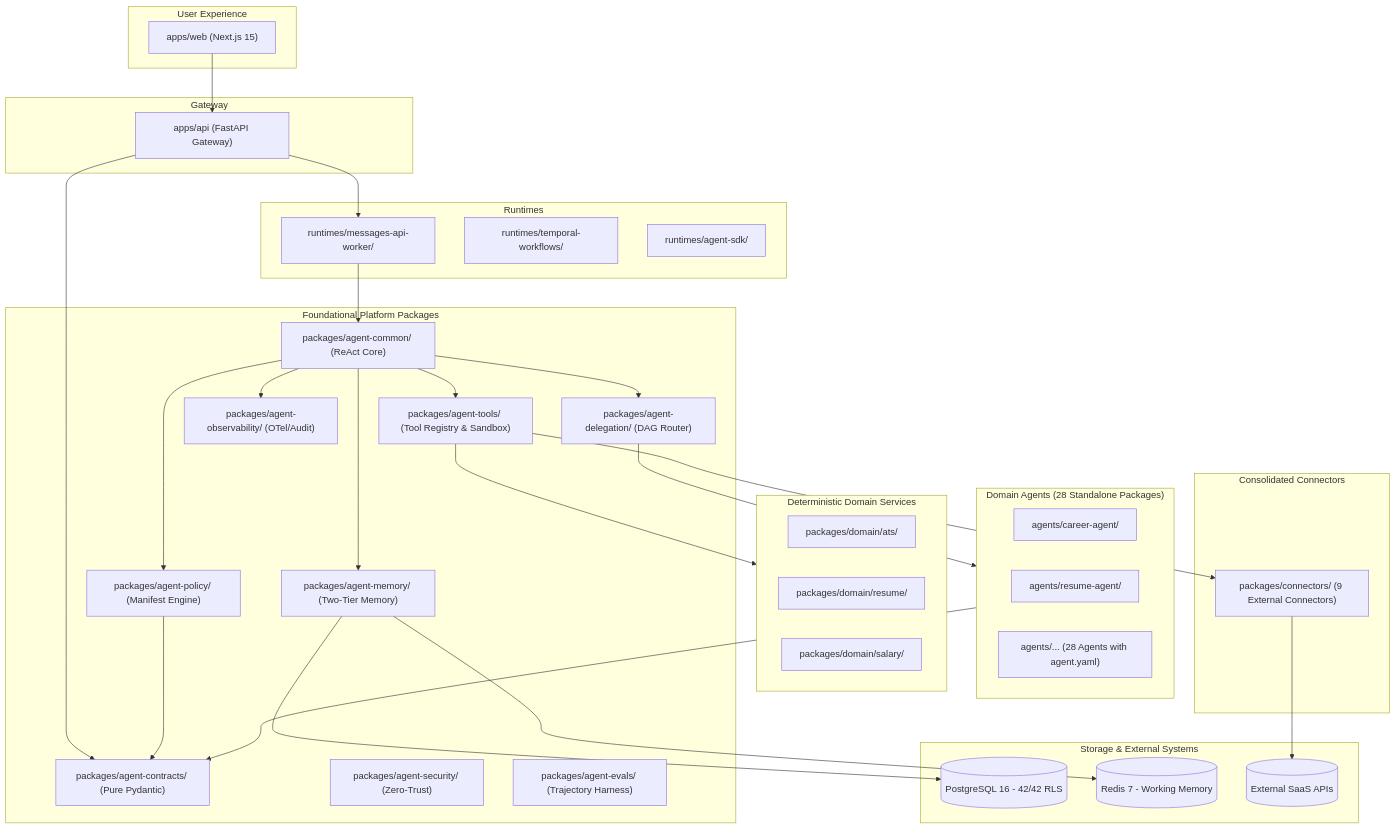
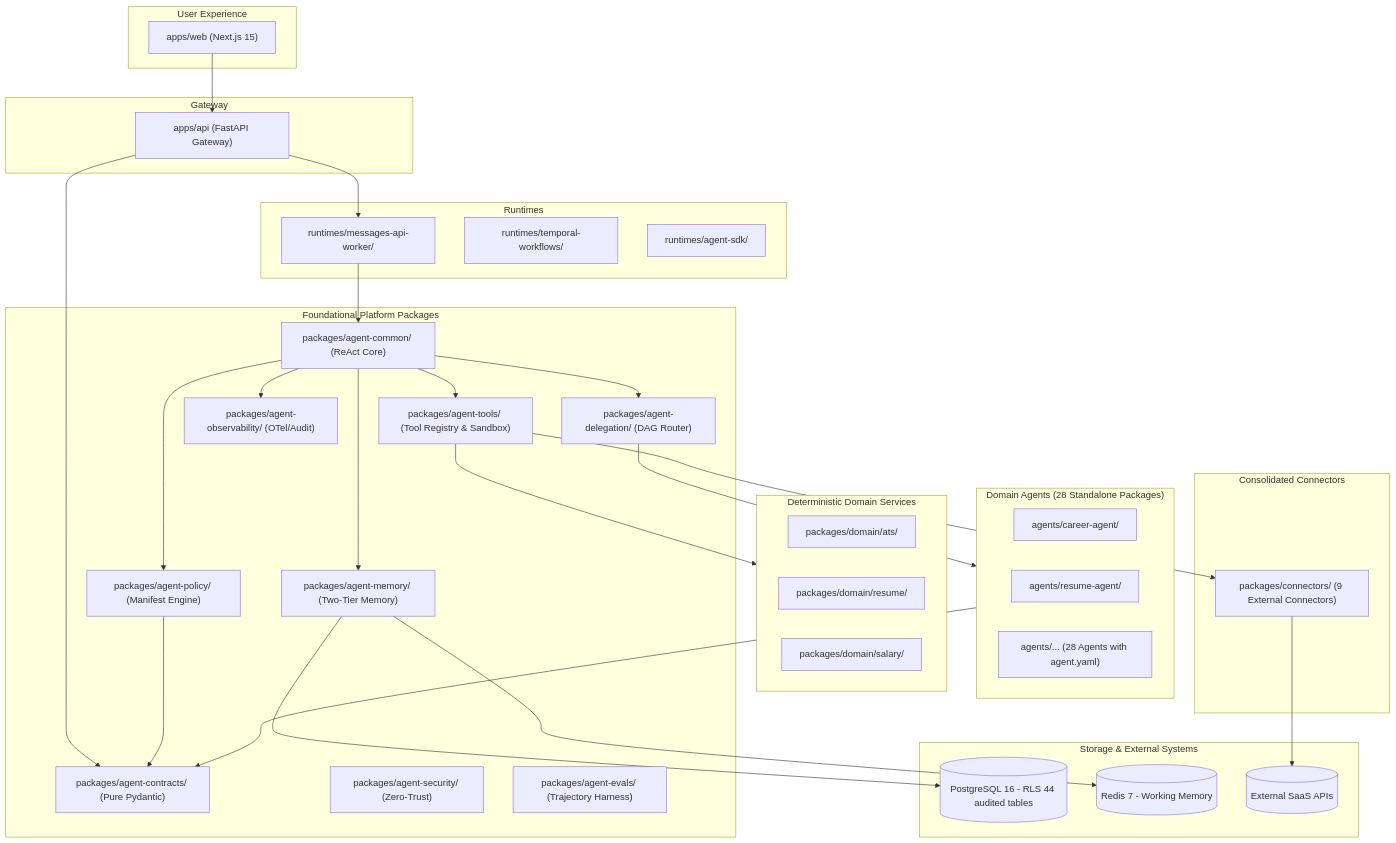
One commit to Driftloom/Vaeloom changed the second of 2 diagrams in docs/verification/dependency-graph.md. Above: the diagram before and after it, drawn with Mermaid. The commit also changed 56 other files, not shown here.

Commit message:
docs: update enterprise architecture, documentation map, kubernetes topology, and specifications

````diff
--- a/docs/verification/dependency-graph.md
+++ b/docs/verification/dependency-graph.md
@@ -59,68 +59,68 @@
 ```mermaid
 flowchart TD
     subgraph UI ["User Experience"]
         Web["apps/web (Next.js 15)"]
     end
 
     subgraph API ["Gateway"]
         APIGateway["apps/api (FastAPI Gateway)"]
     end
 
     subgraph AgentsTier ["Domain Agents (28 Standalone Packages)"]
         Agent01["agents/career-agent/"]
         Agent02["agents/resume-agent/"]
         AgentXX["agents/... (28 Agents with agent.yaml)"]
     end
 
     subgraph Runtimes ["Runtimes"]
         MessagesWorker["runtimes/messages-api-worker/"]
         TemporalRuntime["runtimes/temporal-workflows/"]
         AgentSDK["runtimes/agent-sdk/"]
     end
 
     subgraph PlatformPackages ["Foundational Platform Packages"]
         Contracts["packages/agent-contracts/ (Pure Pydantic)"]
         Security["packages/agent-security/ (Zero-Trust)"]
         Policy["packages/agent-policy/ (Manifest Engine)"]
         Common["packages/agent-common/ (ReAct Core)"]
         Memory["packages/agent-memory/ (Two-Tier Memory)"]
         Tools["packages/agent-tools/ (Tool Registry & Sandbox)"]
         Delegation["packages/agent-delegation/ (DAG Router)"]
         Observability["packages/agent-observability/ (OTel/Audit)"]
         Evals["packages/agent-evals/ (Trajectory Harness)"]
     end
 
     subgraph DomainPackages ["Deterministic Domain Services"]
         DomainATS["packages/domain/ats/"]
         DomainResume["packages/domain/resume/"]
         DomainSalary["packages/domain/salary/"]
     end
 
     subgraph ConnectorsTier ["Consolidated Connectors"]
         Connectors["packages/connectors/ (9 External Connectors)"]
     end
 
     subgraph PersistenceTier ["Storage & External Systems"]
-        Postgres[(PostgreSQL 16 - 42/42 RLS)]
+        Postgres[(PostgreSQL 16 - RLS 44 audited tables)]
         RedisCache[(Redis 7 - Working Memory)]
         Providers[(External SaaS APIs)]
     end
 
     Web --> APIGateway
     APIGateway --> Contracts
     APIGateway --> MessagesWorker
     MessagesWorker --> Common
     Common --> Policy
     Policy --> Contracts
     Common --> Tools
     Common --> Memory
     Common --> Delegation
     Delegation --> AgentsTier
     AgentsTier --> Contracts
     Tools --> DomainPackages
     Tools --> Connectors
     Connectors --> Providers
     Memory --> Postgres
     Memory --> RedisCache
     Common --> Observability
 ```
````
